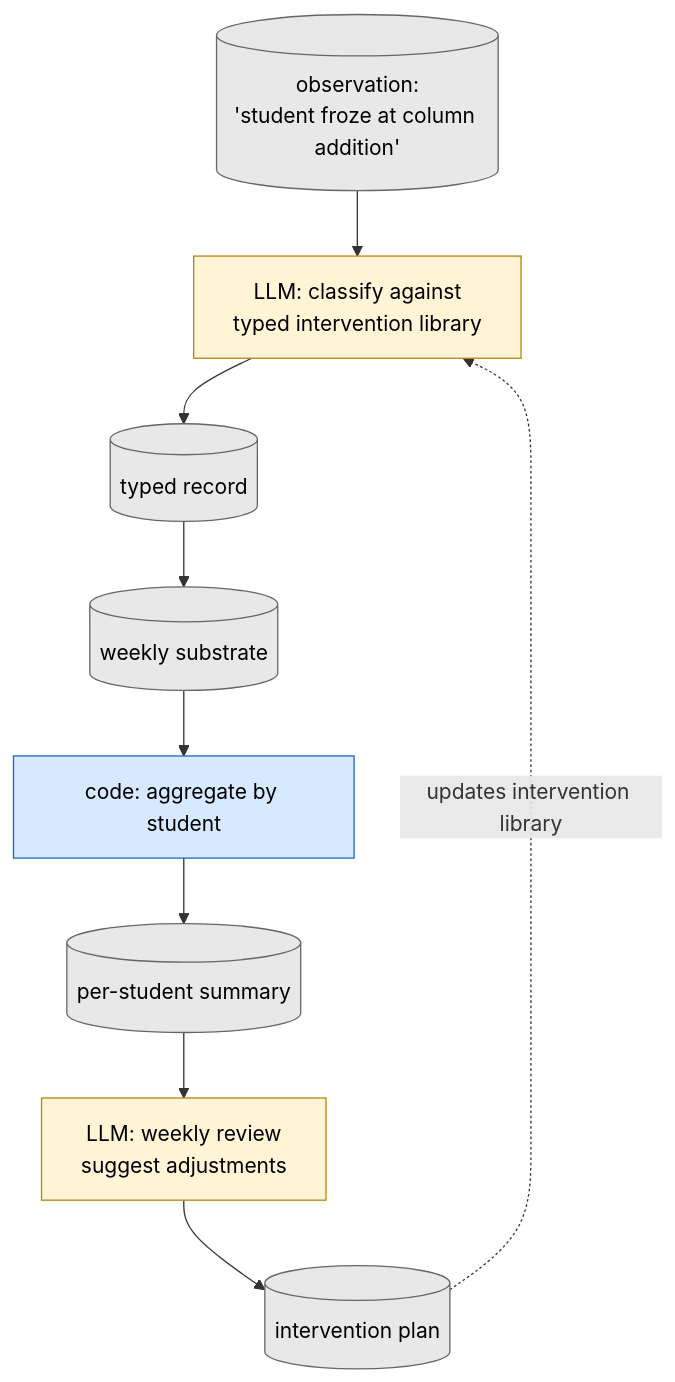
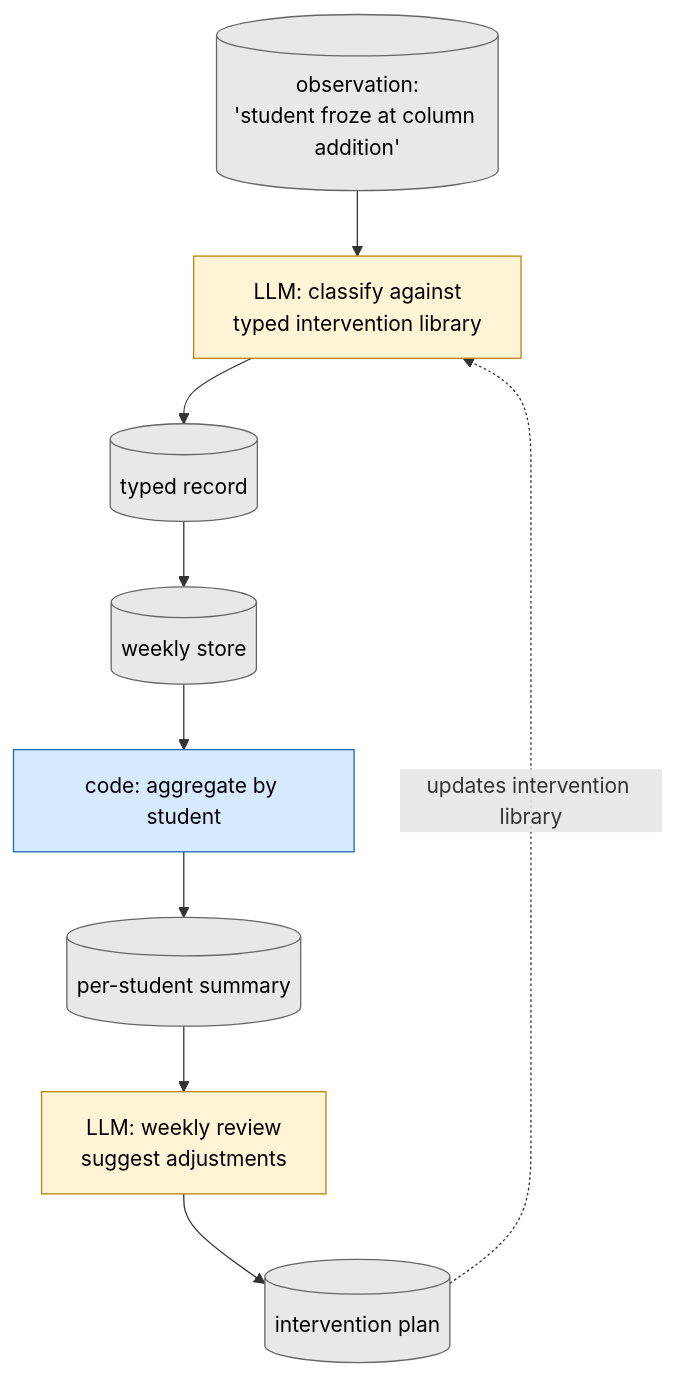
One commit to justinstimatze/hybrid changed diagram 14 of 15 in skills/hybrid-loops/references/BLOCK_GRAPHS.md. Above: the diagram before and after it, drawn with Mermaid. The commit also changed other lines of this file and 12 other files, not shown here.

First line of the commit message:
hybrid-loops: rename substrate role to store, README stripe-voice pass

````diff
--- a/skills/hybrid-loops/references/BLOCK_GRAPHS.md
+++ b/skills/hybrid-loops/references/BLOCK_GRAPHS.md
@@ -433,19 +433,19 @@
 ```mermaid
 flowchart TB
     classDef llm fill:#fff4d6,stroke:#b8860b,color:#000
     classDef code fill:#d6e9ff,stroke:#1e6ab8,color:#000
     classDef data fill:#e8e8e8,stroke:#666,color:#000
 
     obs[(observation:<br/>'student froze at column addition')]:::data
     classify["LLM: classify against<br/>typed intervention library"]:::llm
     record[(typed record)]:::data
-    sub[(weekly substrate)]:::data
+    store[(weekly store)]:::data
     aggregate["code: aggregate by student"]:::code
     summary[(per-student summary)]:::data
     weekly["LLM: weekly review<br/>suggest adjustments"]:::llm
     plan[(intervention plan)]:::data
 
-    obs --> classify --> record --> sub
-    sub --> aggregate --> summary --> weekly --> plan
+    obs --> classify --> record --> store
+    store --> aggregate --> summary --> weekly --> plan
     plan -. updates intervention library .-> classify
 ```
````
